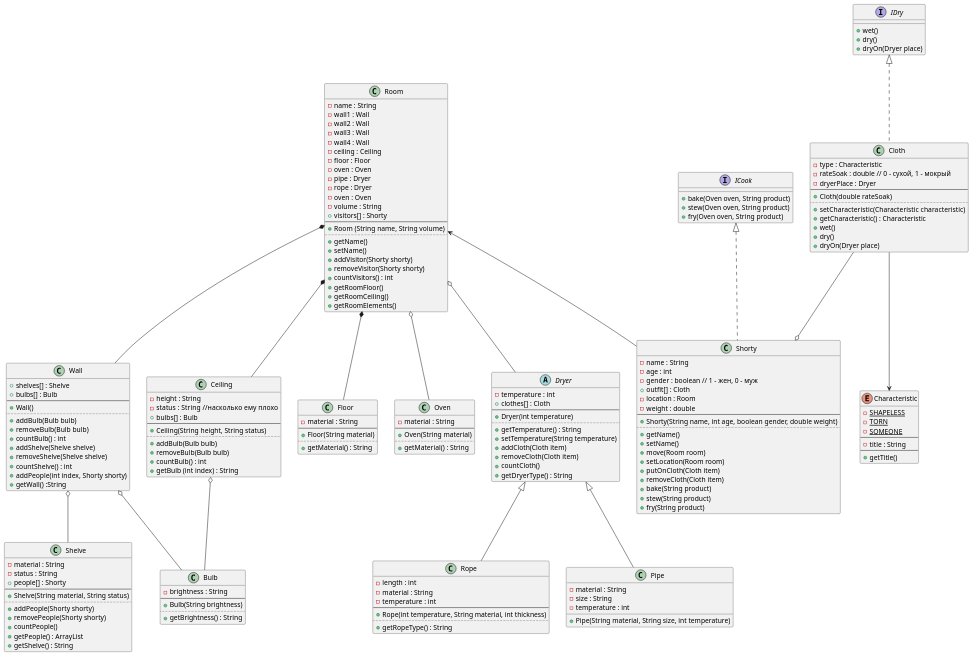
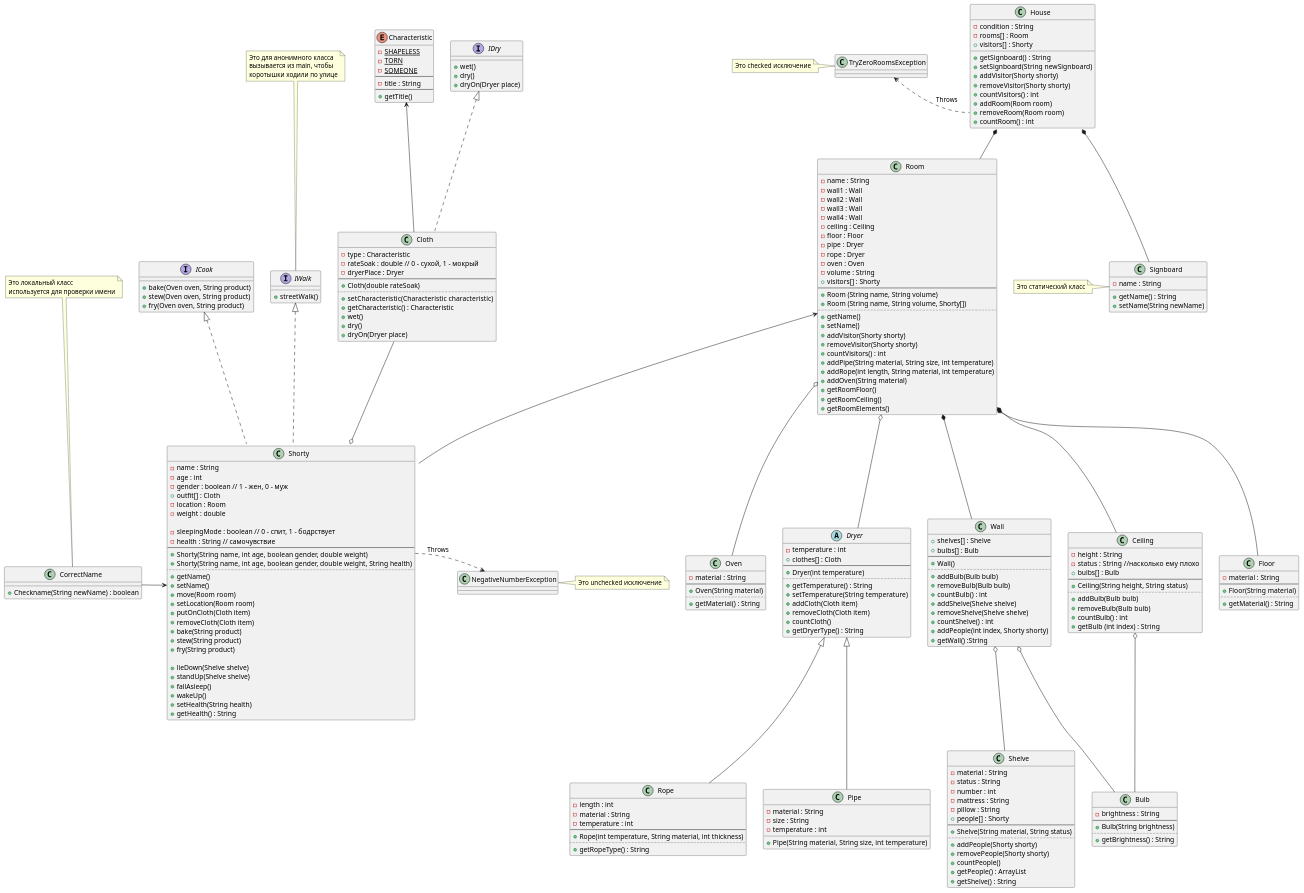
One commit to mkrikorova/Prog_Lab3 changed the diagram in diagram.puml. Above: the diagram before and after it, drawn with PlantUML. The commit also changed 20 other files, not shown here.

```diff
--- a/diagram.puml
+++ b/diagram.puml
@@ -22,6 +22,15 @@
     +dryOn(Dryer place)
 }
 
+interface IWalk {
+    +streetWalk()
+}
+note top of IWalk
+   Это для анонимного класса
+   вызывается из main, чтобы
+   коротышки ходили по улице
+end note
+
 class Cloth {
     -type : Characteristic
     -rateSoak : double // 0 - сухой, 1 - мокрый
@@ -43,8 +52,12 @@
     +outfit[] : Cloth
     -location : Room
     -weight : double
+
+    -sleepingMode : boolean // 0 - спит, 1 - бодрствует
+    -health : String // самочувствие
     --
     +Shorty(String name, int age, boolean gender, double weight)
+    +Shorty(String name, int age, boolean gender, double weight, String health)
     ..
     +getName()
     +setName()
@@ -55,6 +68,13 @@
     +bake(String product)
     +stew(String product)
     +fry(String product)
+
+    +lieDown(Shelve shelve)
+    +standUp(Shelve shelve)
+    +fallAsleep()
+    +wakeUp()
+    +setHealth(String health)
+    +getHealth() : String
 }
 
 class Room {
@@ -65,7 +85,6 @@
     -wall4 : Wall
     -ceiling : Ceiling
     -floor : Floor
-    -oven : Oven
     -pipe : Dryer
     -rope : Dryer
     -oven : Oven
@@ -73,12 +92,16 @@
     +visitors[] : Shorty
     --
     + Room (String name, String volume)
+    + Room (String name, String volume, Shorty[])
     ..
     +getName()
     +setName()
     +addVisitor(Shorty shorty)
     +removeVisitor(Shorty shorty)
     +countVisitors() : int
+    +addPipe(String material, String size, int temperature)
+    +addRope(int length, String material, int temperature)
+    +addOven(String material)
     +getRoomFloor()
     +getRoomCeiling()
     +getRoomElements()
@@ -122,6 +145,9 @@
 class Shelve {
     -material : String
     -status : String
+    -number : int
+    -mattress : String
+    -pillow : String
     +people[] : Shorty
     --
     +Shelve(String material, String status)
@@ -178,9 +204,57 @@
     +getBrightness() : String
 }
 
-Cloth --> Characteristic
+class House {
+    -condition : String
+    -rooms[] : Room
+    +visitors[] : Shorty
+    +getSignboard() : String
+    +setSignboard(String newSignboard)
+    +addVisitor(Shorty shorty)
+    +removeVisitor(Shorty shorty)
+    +countVisitors() : int
+    +addRoom(Room room)
+    +removeRoom(Room room)
+    +countRoom() : int
+}
 
+static class Signboard {
+    -name : String
+    +getName() : String
+    +setName(String newName)
+}
+note left of Signboard
+   Это статический класс
+end note
+
+class NegativeNumberException
+note right of NegativeNumberException
+   Это unchecked исключение
+end note
+
+class TryZeroRoomsException
+note left of TryZeroRoomsException
+   Это checked исключение
+end note
+
+class CorrectName {
+    +Checkname(String newName) : boolean
+}
+note top of CorrectName
+   Это локальный класс
+   используется для проверки имени
+end note
+
+
+
+skinparam groupInheritance 1
+Shorty::Shorty .right.> NegativeNumberException : Throws
+House::removeRoom .left.> TryZeroRoomsException : Throws
+Cloth -up-> Characteristic
 ICook <|.. Shorty
+Room -up-* House
+IWalk <|.. Shorty
+House *-- Signboard
 Room <-- Shorty
 Room *-- Ceiling
 Room *-- Wall
@@ -192,6 +266,8 @@
 Room o-- Dryer
 Dryer <|-- Pipe
 Dryer <|-- Rope
+Shorty::setName <-left- CorrectName
+
 
 Cloth --o Shorty
 
```
